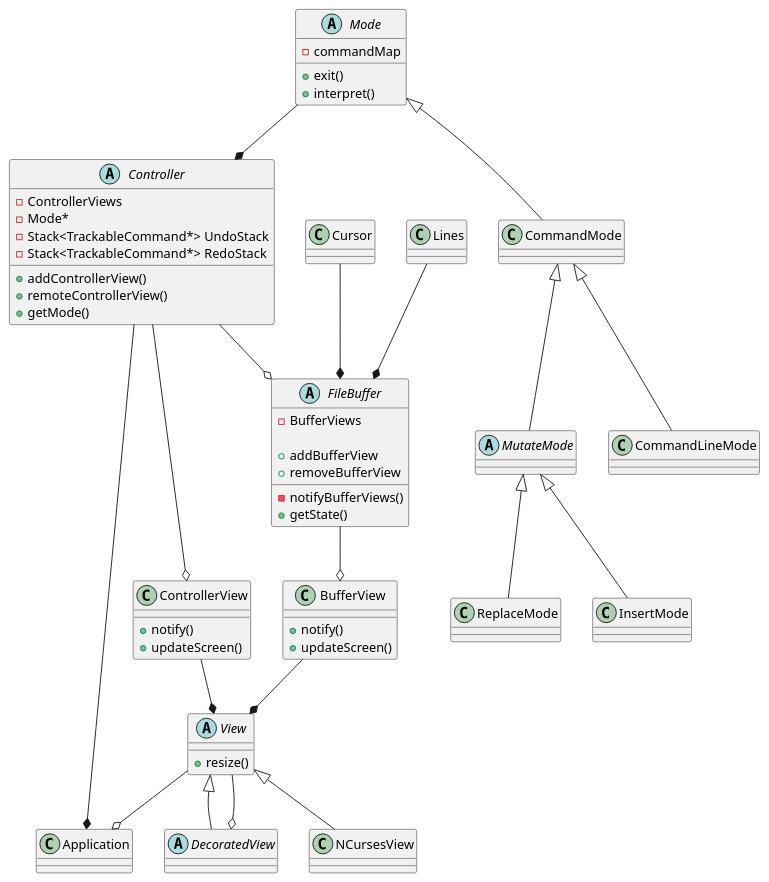
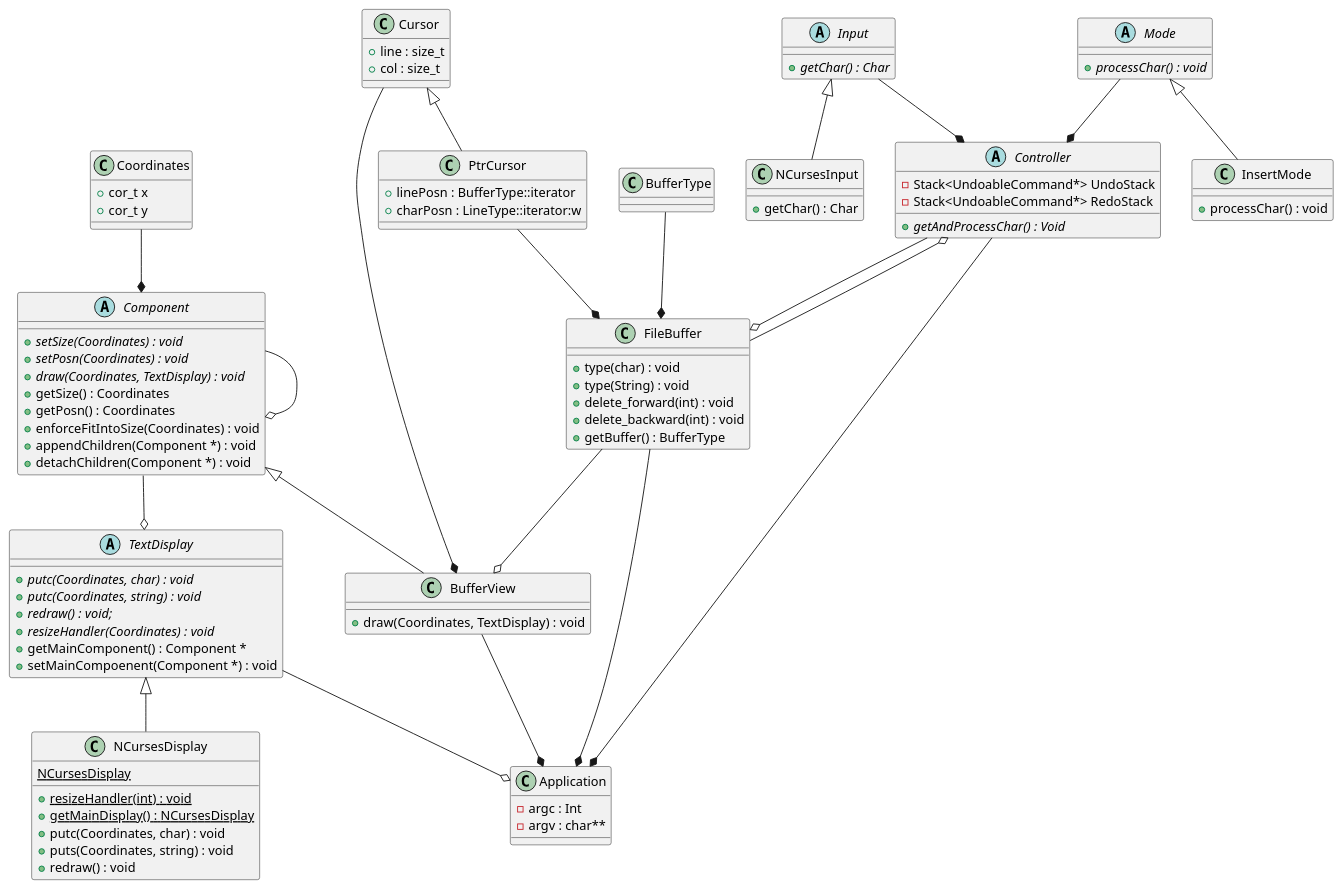
One commit to felix990302/vm changed the second of 3 diagrams in uml.md. Above: the diagram before and after it, drawn with PlantUML. The commit also changed other lines of this file and 2 other files, not shown here.

Commit message:
updated UML

````diff
--- a/uml.md
+++ b/uml.md
@@ -27,67 +35,108 @@
 ```plantuml
+class Application {
+    -argc : Int
+    -argv : char**
+}
+
 abstract class Controller {
-    -ControllerViews
-    -Mode*
-    -Stack<TrackableCommand*> UndoStack
-    -Stack<TrackableCommand*> RedoStack
+    -Stack<UndoableCommand*> UndoStack
+    -Stack<UndoableCommand*> RedoStack
 
-    +addControllerView()
-    +remoteControllerView()
-    +getMode()
+    {abstract} +getAndProcessChar() : Void
 }
-Controller --o ControllerView
 Controller --* Application
 Controller --o FileBuffer
 
+abstract class Input {
+    {abstract} +getChar() : Char
+}
+Input --* Controller
+Input <|-- NCursesInput
+
+class NCursesInput {
+    +getChar() : Char
+}
+
 abstract class Mode {
-    -commandMap
-
-    +exit()
-    +interpret()
+    {abstract} +processChar() : void
 }
 Mode --* Controller
-Mode <|-- CommandMode
+Mode <|-- InsertMode
 
-CommandMode <|-- CommandLineMode
-CommandMode <|-- MutateMode
-
-abstract class MutateMode
-MutateMode <|-- InsertMode
-MutateMode <|-- ReplaceMode
-
-abstract class View {
-    +resize()
+class InsertMode {
+    +processChar() : void
 }
-View <|-- NCursesView
-View <|-- DecoratedView
-View --o DecoratedView
-View --o Application
-
-abstract class DecoratedView
 
 class BufferView {
-    +notify()
-    +updateScreen()
+    +draw(Coordinates, TextDisplay) : void
 }
-BufferView --* View
+BufferView --* Application
 
-class ControllerView {
-    +notify()
-    +updateScreen()
+abstract class Component {
+    {abstract} +setSize(Coordinates) : void
+    {abstract} +setPosn(Coordinates) : void
+    {abstract} +draw(Coordinates, TextDisplay) : void
+    +getSize() : Coordinates
+    +getPosn() : Coordinates
+    +enforceFitIntoSize(Coordinates) : void
+    +appendChildren(Component *) : void
+    +detachChildren(Component *) : void
 }
-ControllerView --* View
+Component --o TextDisplay
+Component --o Component
+Component <|-- BufferView
 
-abstract class FileBuffer {
-    -BufferViews
+abstract class TextDisplay {
+    {abstract} +putc(Coordinates, char) : void 
+    {abstract} +putc(Coordinates, string) : void 
+    {abstract} +redraw() : void;
+    {abstract} +resizeHandler(Coordinates) : void
+    +getMainComponent() : Component *
+    +setMainCompoenent(Component *) : void
+}
+TextDisplay --o Application
+TextDisplay <|-- NCursesDisplay
 
-    -notifyBufferViews()
-    +addBufferView
-    +removeBufferView
-    +getState()
+class NCursesDisplay {
+    {static} NCursesDisplay
+
+    {static} +resizeHandler(int) : void
+    {static} +getMainDisplay() : NCursesDisplay
+    +putc(Coordinates, char) : void
+    +puts(Coordinates, string) : void
+    +redraw() : void
 }
+
+class Coordinates {
+    +cor_t x
+    +cor_t y
+}
+Coordinates --* Component
+
+class BufferType
+BufferType --* FileBuffer
+
+class FileBuffer {
+    +type(char) : void
+    +type(String) : void
+    +delete_forward(int) : void
+    +delete_backward(int) : void
+    +getBuffer() : BufferType
+}
+FileBuffer --* Application
+FileBuffer --o Controller
 FileBuffer --o BufferView
 
-Cursor --* FileBuffer
+class Cursor {
+    +line : size_t
+    +col : size_t
+}
+Cursor --* BufferView
+Cursor <|-- PtrCursor
 
-Lines --* FileBuffer
+class PtrCursor {
+    +linePosn : BufferType::iterator
+    +charPosn : LineType::iterator:w
+}
+PtrCursor --* FileBuffer
 ```
````
